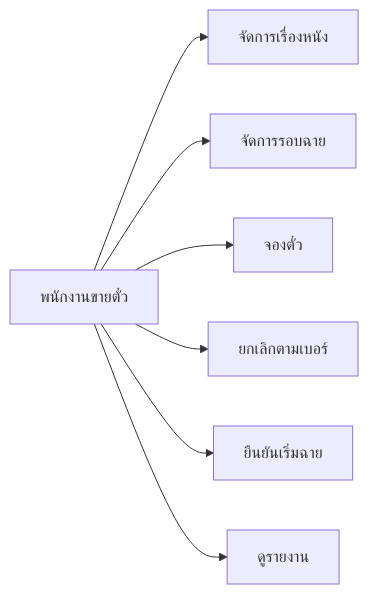
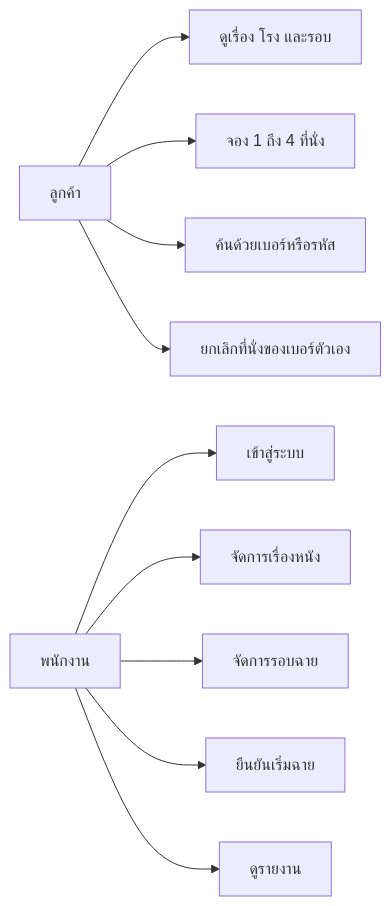
The second of 10 diagrams in docs/DESIGN.md (Phongphisut-Khenchat-Personal/NatureMiniPlex), drawn with Mermaid before and after one commit. The commit also changed other lines of this file and 81 other files, not shown here.

````diff
--- a/docs/DESIGN.md
+++ b/docs/DESIGN.md
@@ -71,10 +76,14 @@
 ```mermaid
 flowchart LR
-  staff[พนักงานขายตั๋ว]
+  customer[ลูกค้า]
+  staff[พนักงาน]
+  customer --> browse[ดูเรื่อง โรง และรอบ]
+  customer --> book[จอง 1 ถึง 4 ที่นั่ง]
+  customer --> lookup[ค้นด้วยเบอร์หรือรหัส]
+  customer --> cancel[ยกเลิกที่นั่งของเบอร์ตัวเอง]
+  staff --> login[เข้าสู่ระบบ]
   staff --> movie[จัดการเรื่องหนัง]
   staff --> schedule[จัดการรอบฉาย]
-  staff --> book[จองตั๋ว]
-  staff --> cancel[ยกเลิกตามเบอร์]
   staff --> start[ยืนยันเริ่มฉาย]
   staff --> report[ดูรายงาน]
 ```
````
